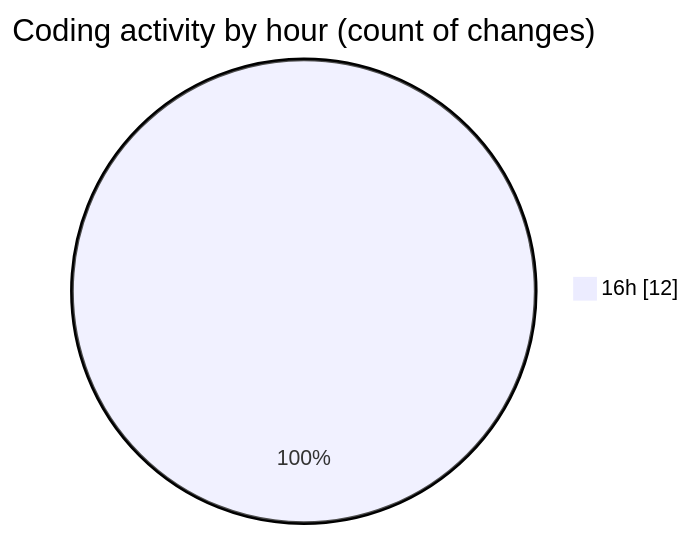
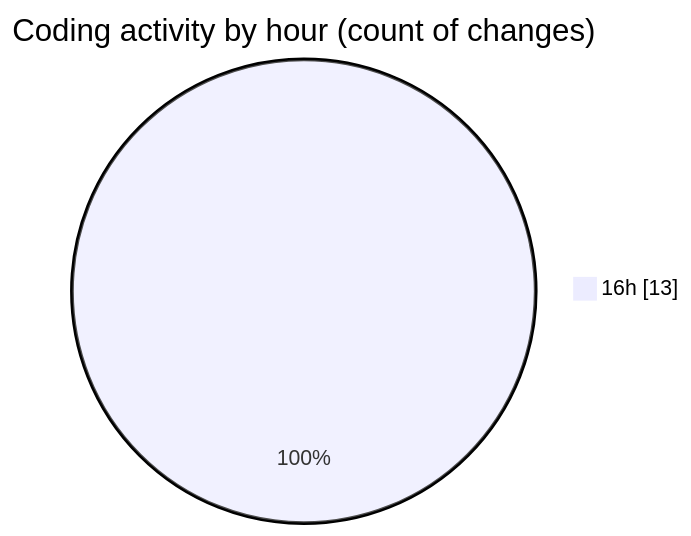
Before and after one commit to NitaiMahat/code-tracking: the second of 2 diagrams in 2025-02-05/coding_prac/README.md, drawn with Mermaid. The commit also changed other lines of this file and 1 other file, not shown here.

````diff
--- a/2025-02-05/coding_prac/README.md
+++ b/2025-02-05/coding_prac/README.md
@@ -32,5 +32,5 @@
 ```mermaid
 pie showData
 title Coding activity by hour (count of changes)
-"16h" : 12
+"16h" : 13
 ```
````
